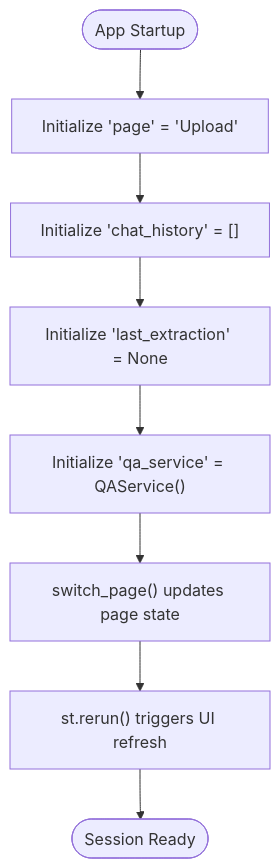
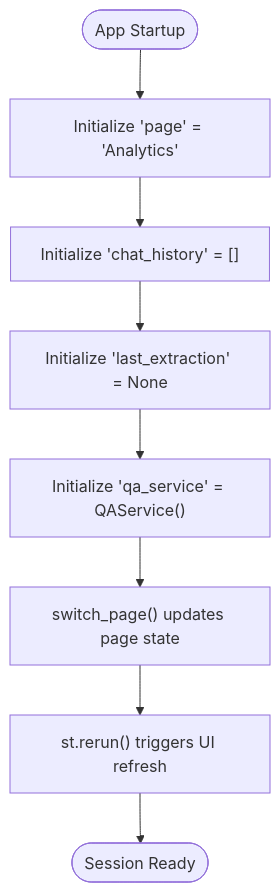
The third of 13 diagrams in .qoder/repowiki/en/content/Core Components/Application Controller.md (Johnny22056/SwimingStatus), drawn with Mermaid before and after one commit. The commit also changed other lines of this file and 4 other files, not shown here.

First line of the commit message:
feat: UI modernization - dark theme, KPI cards, chart subtitles, table & button styling

````diff
--- a/.qoder/repowiki/en/content/Core Components/Application Controller.md
+++ b/.qoder/repowiki/en/content/Core Components/Application Controller.md
@@ -172,10 +181,10 @@
 ```mermaid
 flowchart TD
-Start([App Startup]) --> InitPage["Initialize 'page' = 'Upload'"]
+Start([App Startup]) --> InitPage["Initialize 'page' = 'Analytics'"]
 InitPage --> InitChat["Initialize 'chat_history' = []"]
 InitChat --> InitLast["Initialize 'last_extraction' = None"]
 InitLast --> InitQA["Initialize 'qa_service' = QAService()"]
 InitQA --> SwitchPage["switch_page() updates page state"]
 SwitchPage --> Rerun["st.rerun() triggers UI refresh"]
 Rerun --> End([Session Ready])
 ```
````
